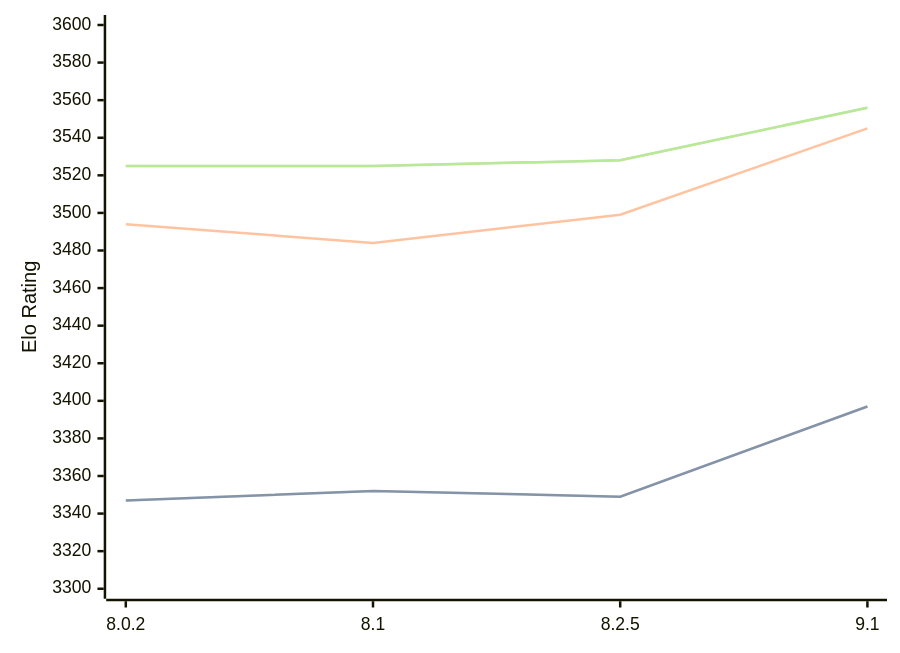
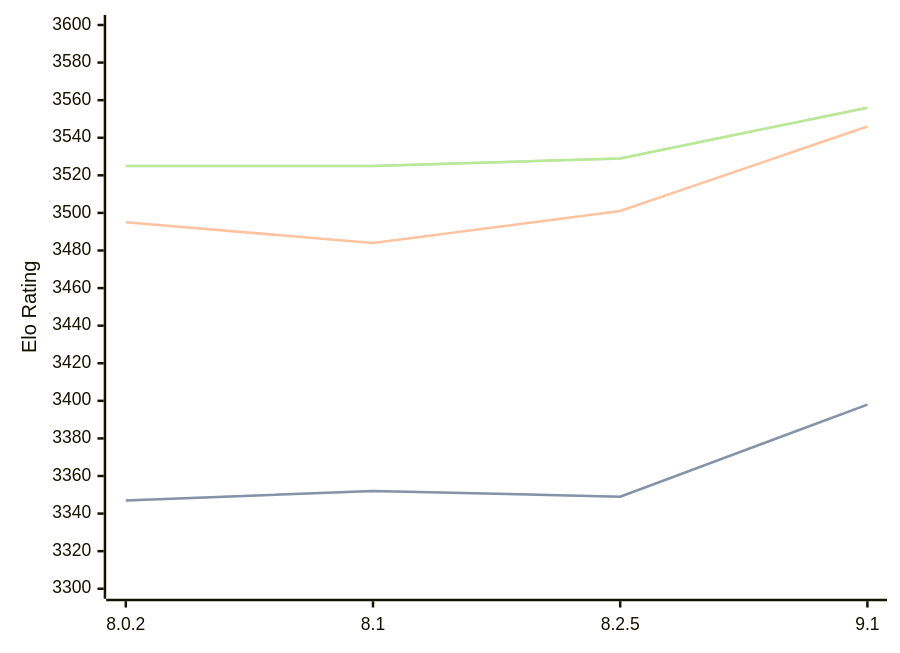
The diagram in engines/Clover.md (computer-chess-index/cci), drawn with Mermaid before and after one commit. The commit also changed other lines of this file, not shown here.

Commit message:
Update CCI Ratings (ELO VLTC) - 2026-10-07

````diff
--- a/engines/Clover.md
+++ b/engines/Clover.md
@@ -35,11 +35,11 @@
 ```mermaid
 %%{init: {"theme":"base","themeVariables":{"seriesColors:['#a3a3a3','#222221','#faa371']}}}%%
 xychart-beta
   x-axis ["8.0.2", "8.1", "8.2.5", "9.1"]
   y-axis "Elo Rating" 3300 --> 3600
-  line "" [3347, 3352, 3349, 3397]
-  line "STC (8.0+0.08s)" [3347, 3352, 3349, 3397]
-  line "LTC (60.0+0.60s)" [3494, 3484, 3499, 3545]
-  line "" [3525, 3525, 3528, 3556]
-  line "VLTC (2m24s+1.12s)" [3525, 3525, 3528, 3556]
+  line "" [3347, 3352, 3349, 3398]
+  line "STC (8.0+0.08s)" [3347, 3352, 3349, 3398]
+  line "LTC (60.0+0.60s)" [3495, 3484, 3501, 3546]
+  line "" [3525, 3525, 3529, 3556]
+  line "VLTC (2m24s+1.12s)" [3525, 3525, 3529, 3556]
 ```
````
